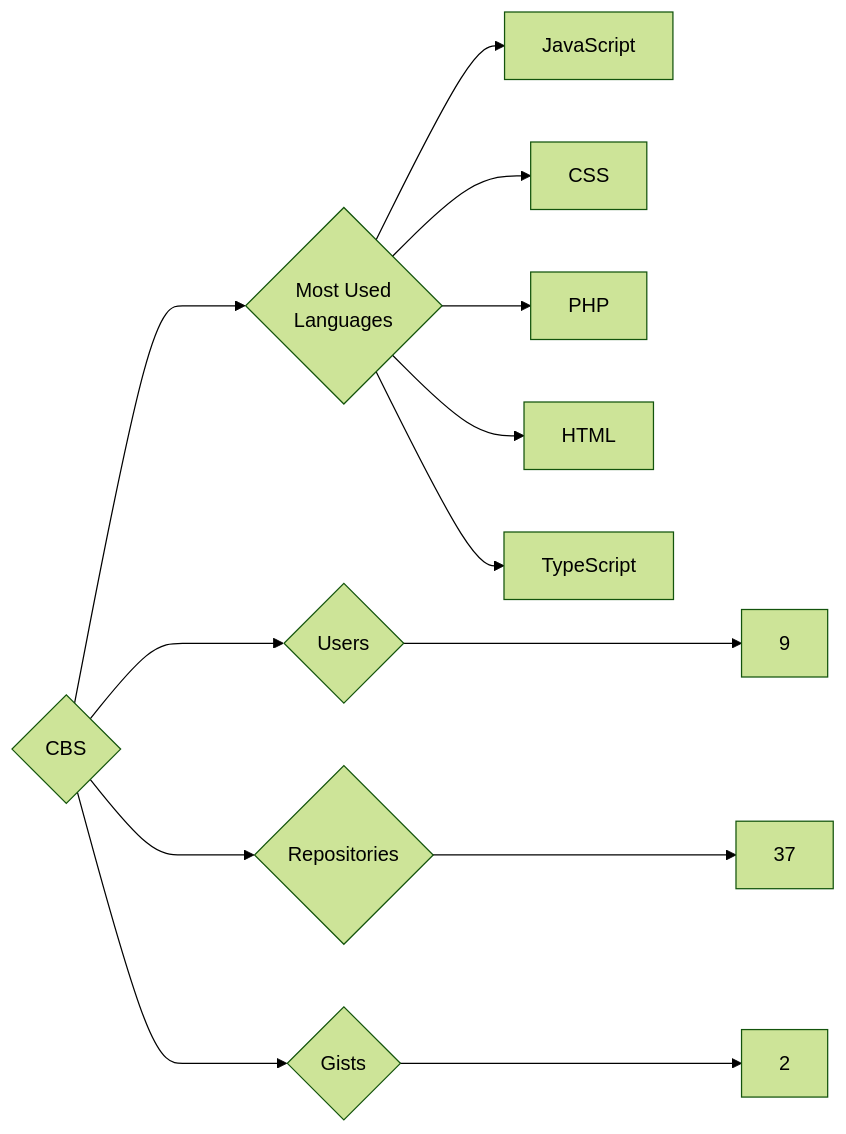
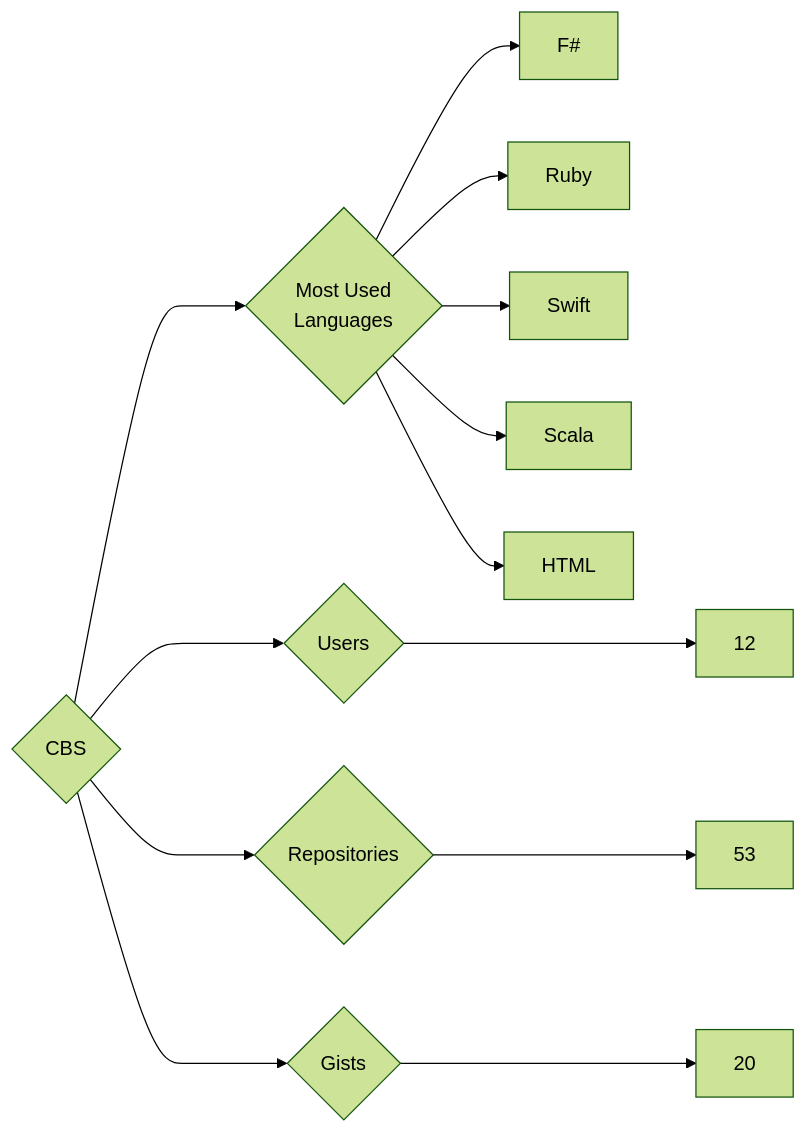
Before and after one commit to trickest/insiders: the diagram in targets/CBS/README.md, drawn with Mermaid (forest theme). The commit also changed 749 other files, not shown here.

````diff
--- a/targets/CBS/README.md
+++ b/targets/CBS/README.md
@@ -3,13 +3,13 @@
 ```mermaid
 graph LR
 COMPANY_NAME{CBS}
-COMPANY_NAME ---> U{Users} ---> UN[9]
-COMPANY_NAME ---> R{Repositories} ---> RN[37]
-COMPANY_NAME ---> G{Gists} ---> GN[2]
+COMPANY_NAME ---> U{Users} ---> UN[12]
+COMPANY_NAME ---> R{Repositories} ---> RN[53]
+COMPANY_NAME ---> G{Gists} ---> GN[20]
 COMPANY_NAME ---> ML{Most Used<br>Languages}
-ML --> JavaScript[JavaScript]
-ML --> CSS[CSS]
-ML --> PHP[PHP]
+ML --> F#[F#]
+ML --> Ruby[Ruby]
+ML --> Swift[Swift]
+ML --> Scala[Scala]
 ML --> HTML[HTML]
-ML --> TypeScript[TypeScript]
 ```
````
